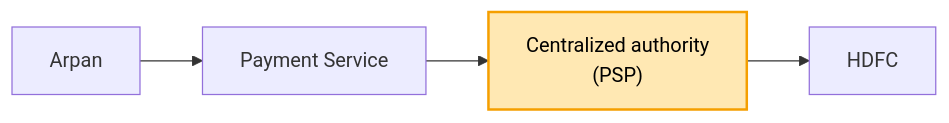
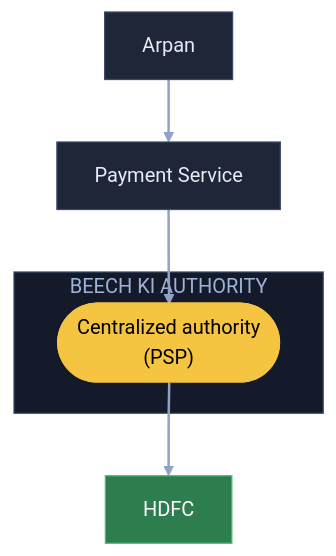
The first of 11 diagrams in 04_HLD/SYSTEM_DESIGNS/06_payment_system/06_payment_system.md (ArpanMaheshwari144/Prep), drawn with Mermaid before and after one commit. The commit also changed other lines of this file, not shown here.

Commit message:
Payment: 11 diagram YouTube (reel) wale card andaaz me

````diff
--- a/04_HLD/SYSTEM_DESIGNS/06_payment_system/06_payment_system.md
+++ b/04_HLD/SYSTEM_DESIGNS/06_payment_system/06_payment_system.md
@@ -34,7 +34,18 @@
 ```mermaid
-flowchart LR
-    A["Arpan"] --> S["Payment Service"]
-    S --> P["Centralized authority<br/>(PSP)"]
-    P --> H["HDFC"]
-    style P fill:#ffe8b3,stroke:#f59f00,stroke-width:2px,color:#000
+flowchart TB
+    A["Arpan"]:::card
+    S["Payment Service"]:::card
+    subgraph CA["BEECH KI AUTHORITY"]
+        P(["Centralized authority<br/>(PSP)"]):::pill
+    end
+    H["HDFC"]:::good
+    A --> S
+    S --> P
+    P --> H
+    linkStyle default stroke:#8fa3c7,stroke-width:2px
+    classDef card fill:#1e2638,stroke:#3a4a6b,color:#e8ecf5
+    classDef pill fill:#f5c542,stroke:#f5c542,color:#000
+    classDef good fill:#2e7d4f,stroke:#3fbf6f,color:#fff
+    classDef bad fill:#5c1f24,stroke:#e05561,color:#fff
+    style CA fill:#141a29,stroke:#3a4a6b,color:#9fb3d9
 ```
````
